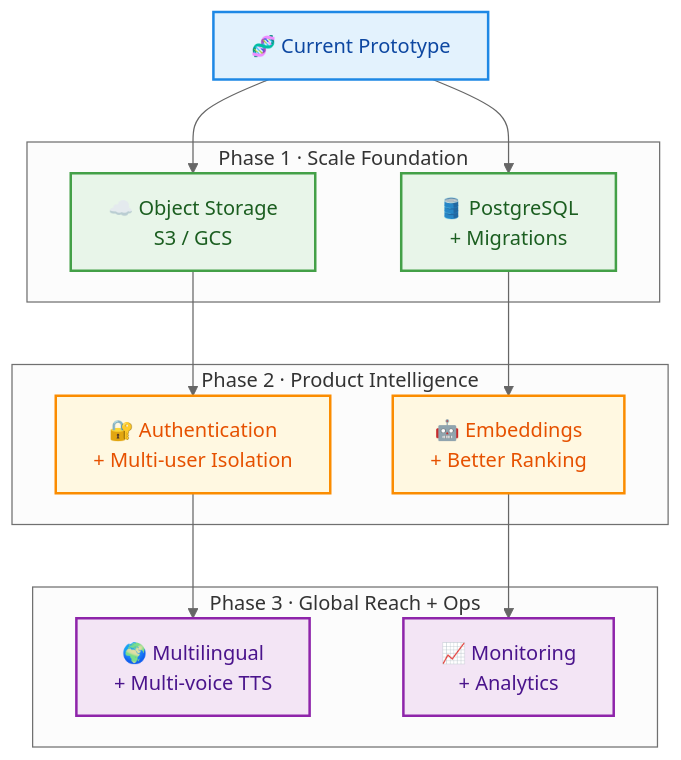
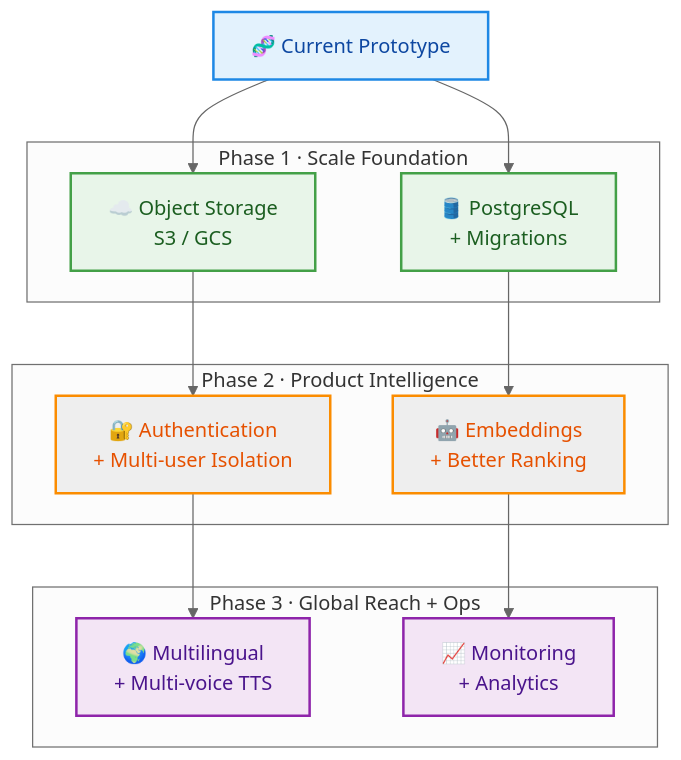
One commit to Ankitarai27/Adobe-Hackathon-2025 changed the fifth of 5 diagrams in README.md. Above: the diagram before and after it, drawn with Mermaid (neutral theme).

Commit message:
Remove fill property from phase2 class definition

````diff
--- a/README.md
+++ b/README.md
@@ -329,32 +329,32 @@
 ```mermaid
 flowchart TB
     A[🧬 Current Prototype]
 
     subgraph P1[Phase 1 · Scale Foundation]
       B[☁️ Object Storage\nS3 / GCS]
       C[🛢️ PostgreSQL\n+ Migrations]
     end
 
     subgraph P2[Phase 2 · Product Intelligence]
       D[🔐 Authentication\n+ Multi-user Isolation]
       E[🤖 Embeddings\n+ Better Ranking]
     end
 
     subgraph P3[Phase 3 · Global Reach + Ops]
       F[🌍 Multilingual\n+ Multi-voice TTS]
       G[📈 Monitoring\n+ Analytics]
     end
 
     A --> B --> D --> F
     A --> C --> E --> G
 
     classDef current fill:#E3F2FD,stroke:#1E88E5,color:#0D47A1,stroke-width:2px;
     classDef phase1 fill:#E8F5E9,stroke:#43A047,color:#1B5E20,stroke-width:2px;
-    classDef phase2 fill:#FFF8E1,stroke:#FB8C00,color:#E65100,stroke-width:2px;
+    classDef phase2 stroke:#FB8C00,color:#E65100,stroke-width:2px;
     classDef phase3 fill:#F3E5F5,stroke:#8E24AA,color:#4A148C,stroke-width:2px;
 
     class A current;
     class B,C phase1;
     class D,E phase2;
     class F,G phase3;
 ```
````
